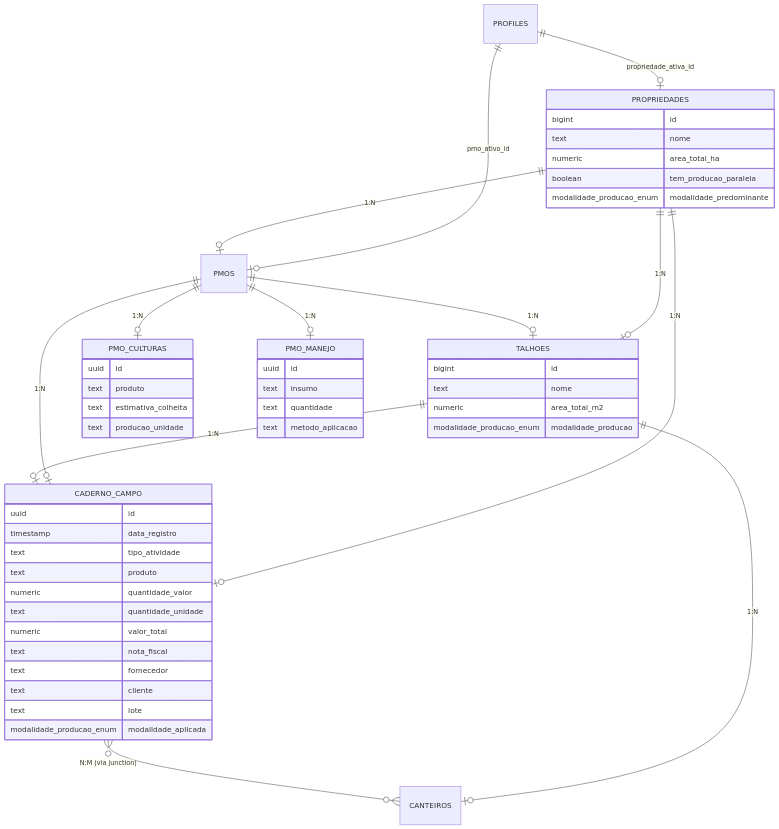
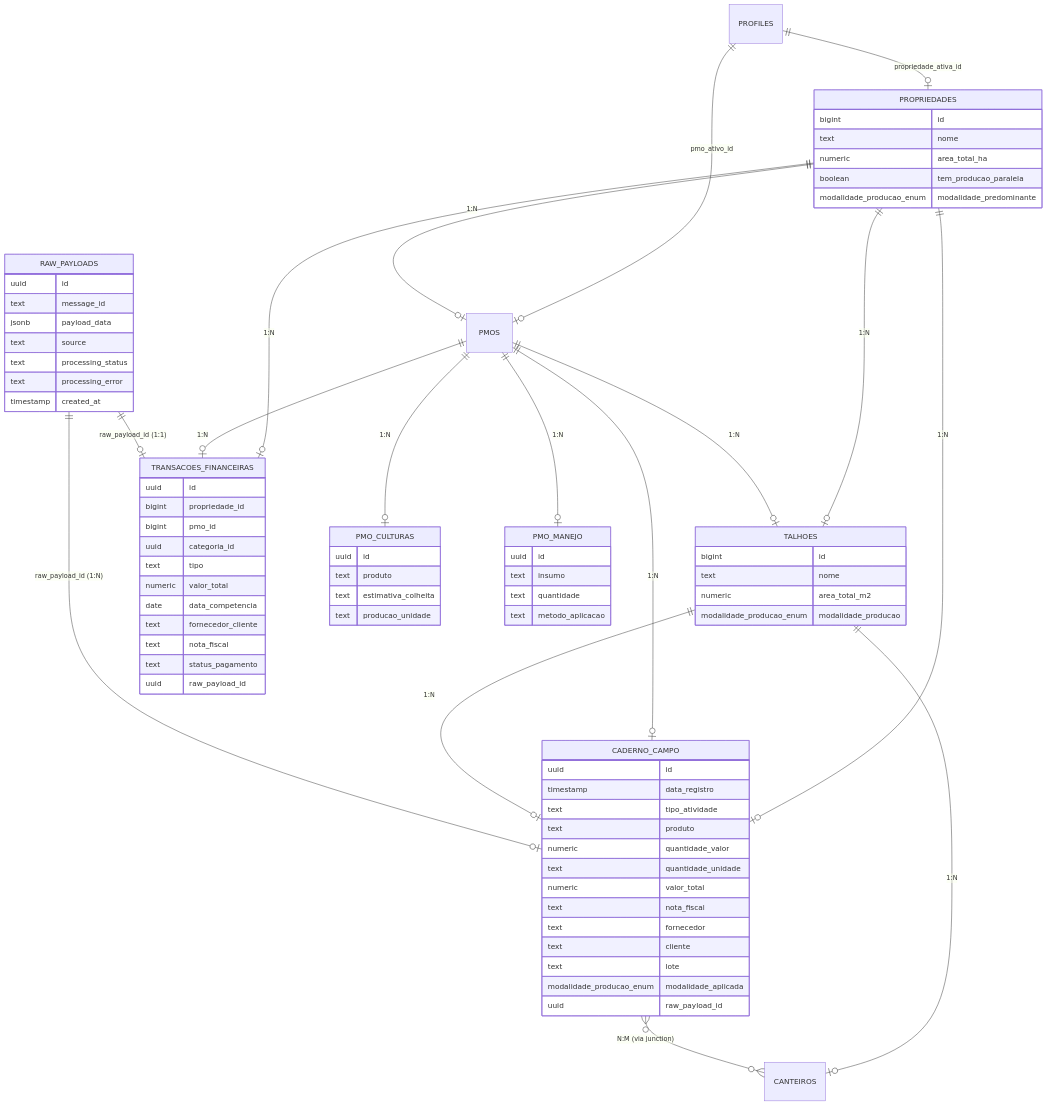
The diagram in CURRENT_SCHEMA_VISUALIZATION.md (thebrunm97/manejo-org), drawn with Mermaid before and after one commit. The commit also changed 18 other files, not shown here.

```diff
--- a/CURRENT_SCHEMA_VISUALIZATION.md
+++ b/CURRENT_SCHEMA_VISUALIZATION.md
@@ -11,9 +11,11 @@
     PROPRIEDADES ||--o| PMOS : "1:N"
     PROPRIEDADES ||--o| TALHOES : "1:N"
     PROPRIEDADES ||--o| CADERNO_CAMPO : "1:N"
+    PROPRIEDADES ||--o| TRANSACOES_FINANCEIRAS : "1:N"
     
     PMOS ||--o| TALHOES : "1:N"
     PMOS ||--o| CADERNO_CAMPO : "1:N"
+    PMOS ||--o| TRANSACOES_FINANCEIRAS : "1:N"
     PMOS ||--o| PMO_CULTURAS : "1:N"
     PMOS ||--o| PMO_MANEJO : "1:N"
     
@@ -21,6 +23,9 @@
     TALHOES ||--o| CADERNO_CAMPO : "1:N"
     
     CADERNO_CAMPO }o--o{ CANTEIROS : "N:M (via junction)"
+
+    RAW_PAYLOADS ||--o| CADERNO_CAMPO : "raw_payload_id (1:N)"
+    RAW_PAYLOADS ||--o| TRANSACOES_FINANCEIRAS : "raw_payload_id (1:1)"
 
     PROPRIEDADES {
         bigint id
@@ -50,6 +55,31 @@
         text cliente
         text lote
         modalidade_producao_enum modalidade_aplicada
+        uuid raw_payload_id
+    }
+
+    TRANSACOES_FINANCEIRAS {
+        uuid id
+        bigint propriedade_id
+        bigint pmo_id
+        uuid categoria_id
+        text tipo
+        numeric valor_total
+        date data_competencia
+        text fornecedor_cliente
+        text nota_fiscal
+        text status_pagamento
+        uuid raw_payload_id
+    }
+
+    RAW_PAYLOADS {
+        uuid id
+        text message_id
+        jsonb payload_data
+        text source
+        text processing_status
+        text processing_error
+        timestamp created_at
     }
 
     PMO_CULTURAS {
```
